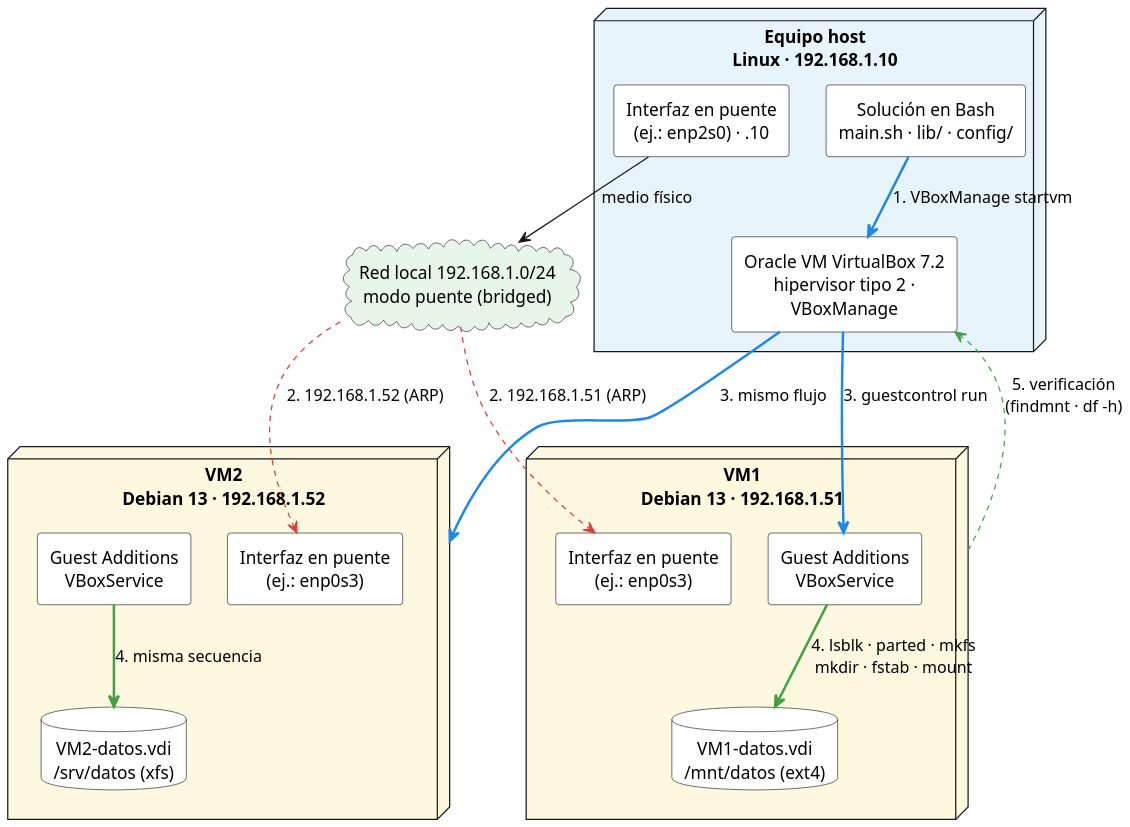
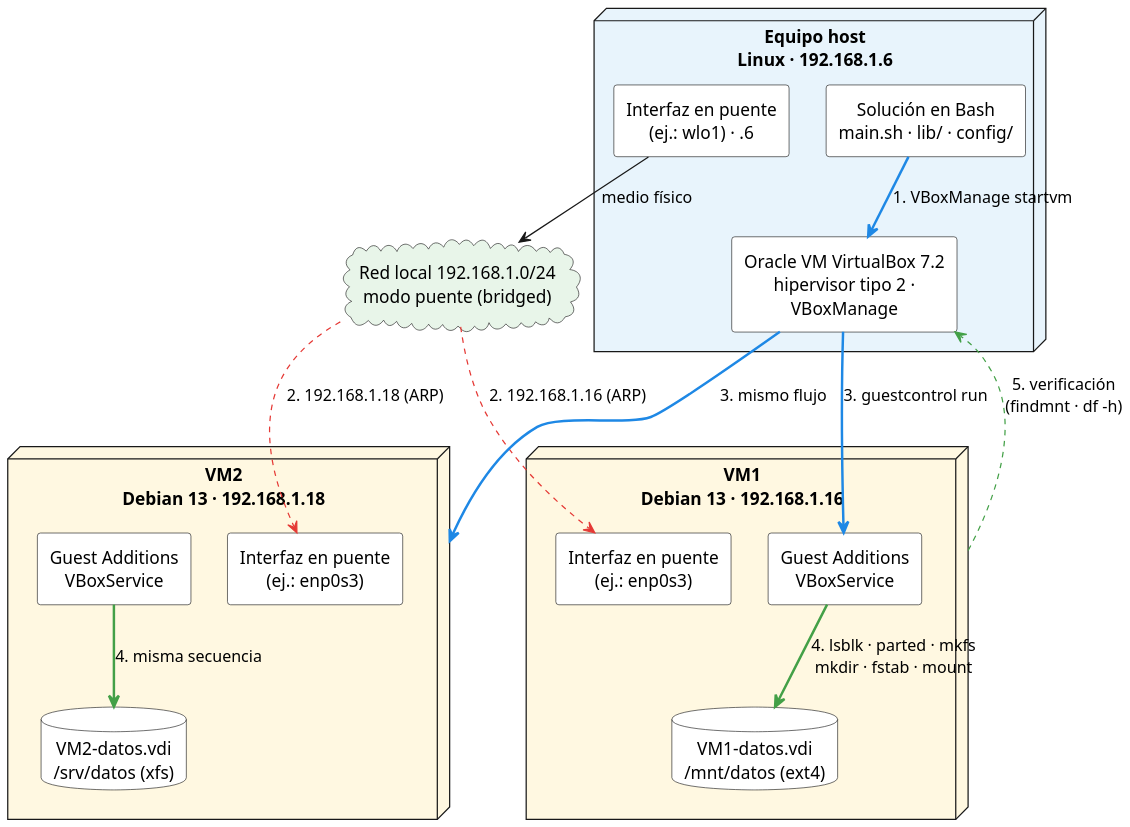
One commit to spalax-dev/vbox-disk-automation changed the diagram in documento/images/escenario.puml. Above: the diagram before and after it, drawn with PlantUML. The commit also changed 6 other files, not shown here.

Commit message:
Documento: subsección de preparación y ficha técnica de las VMs con IPs reales del entorno (.6/.16/.18), interfaz wlo1 como ejemplo, repositorio Debian Fast Track citado y pies de tabla unificados como Tabla

```diff
--- a/documento/images/escenario.puml
+++ b/documento/images/escenario.puml
@@ -1,42 +1,42 @@
 @startuml escenario
 
 skinparam defaultFontName "Arimo"
 skinparam dpi 150
 skinparam componentStyle rectangle
 skinparam nodesep 30
 skinparam ranksep 45
 skinparam wrapWidth 170
 skinparam defaultTextAlignment center
 
-node "Equipo host\nLinux · 192.168.1.10" as HOST #E8F4FC {
+node "Equipo host\nLinux · 192.168.1.6" as HOST #E8F4FC {
   component "Solución en Bash\nmain.sh · lib/ · config/" as SOL #FFFFFF
-  component "Interfaz en puente\n(ej.: enp2s0) · .10" as HNIC #FFFFFF
+  component "Interfaz en puente\n(ej.: wlo1) · .6" as HNIC #FFFFFF
   component "Oracle VM VirtualBox 7.2\nhipervisor tipo 2 · VBoxManage" as VBox #FFFFFF
 }
 
 cloud "Red local 192.168.1.0/24\nmodo puente (bridged)" as LAN #E8F5E9
 
-node "VM1\nDebian 13 · 192.168.1.51" as VM1 #FFF8E1 {
+node "VM1\nDebian 13 · 192.168.1.16" as VM1 #FFF8E1 {
   component "Interfaz en puente\n(ej.: enp0s3)" as NIC1 #FFFFFF
   component "Guest Additions\nVBoxService" as GA1 #FFFFFF
   database "VM1-datos.vdi\n/mnt/datos (ext4)" as D1 #FFFFFF
 }
 
-node "VM2\nDebian 13 · 192.168.1.52" as VM2 #FFF8E1 {
+node "VM2\nDebian 13 · 192.168.1.18" as VM2 #FFF8E1 {
   component "Interfaz en puente\n(ej.: enp0s3)" as NIC2 #FFFFFF
   component "Guest Additions\nVBoxService" as GA2 #FFFFFF
   database "VM2-datos.vdi\n/srv/datos (xfs)" as D2 #FFFFFF
 }
 
 HNIC --> LAN : "medio físico"
-LAN -[#E53935,dashed]-> NIC1 : "2. 192.168.1.51 (ARP)"
-LAN -[#E53935,dashed]-> NIC2 : "2. 192.168.1.52 (ARP)"
+LAN -[#E53935,dashed]-> NIC1 : "2. 192.168.1.16 (ARP)"
+LAN -[#E53935,dashed]-> NIC2 : "2. 192.168.1.18 (ARP)"
 
 SOL -[#1E88E5,bold]-> VBox : "1. VBoxManage startvm"
 VBox .[#1E88E5,bold].> GA1 : "3. guestcontrol run"
 VBox .[#1E88E5,bold].> VM2 : "3. mismo flujo"
 GA1 -[#43A047,bold]-> D1 : "4. lsblk · parted · mkfs\nmkdir · fstab · mount"
 GA2 -[#43A047,bold]-> D2 : "4. misma secuencia"
 VM1 .[#43A047,dashed].> VBox : "5. verificación\n(findmnt · df -h)"
 
 @enduml
```
